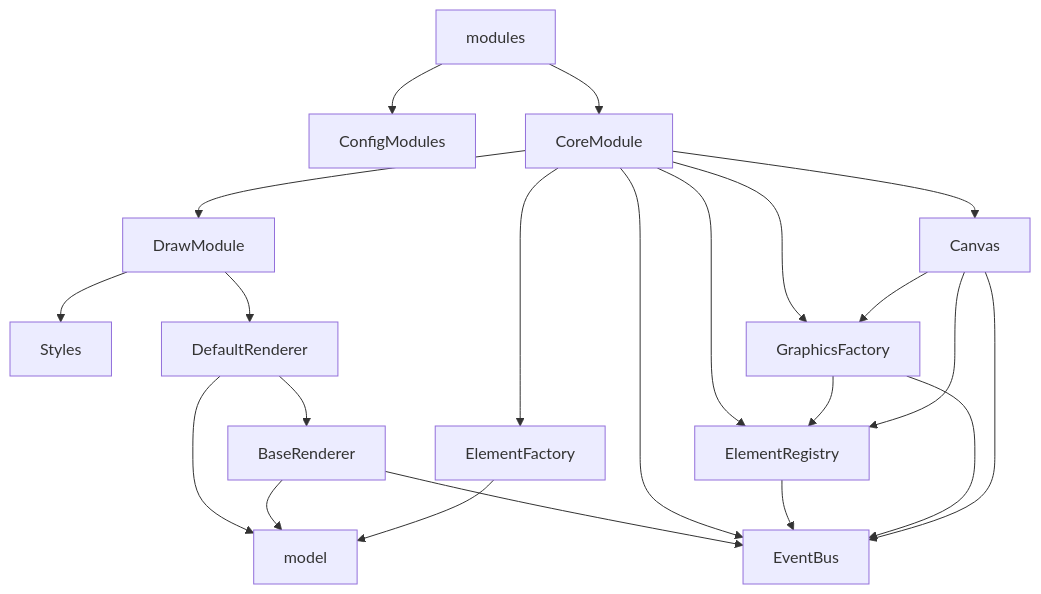
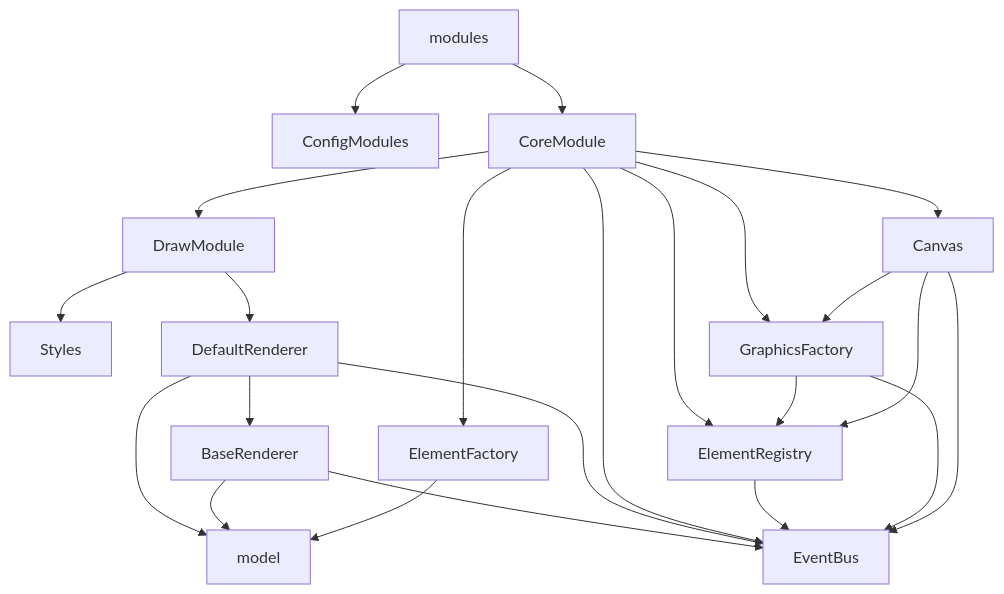
One commit to YuJianghao/bpmn-js-doc changed the diagram in docs/diagram-js/index.md. Above: the diagram before and after it, drawn with Mermaid. The commit also changed 2 other files, not shown here.

Commit message:
chore: 一些类型更新

````diff
--- a/docs/diagram-js/index.md
+++ b/docs/diagram-js/index.md
@@ -70,24 +70,25 @@
 ```mermaid
 graph TD;
     modules-->ConfigModules;
     modules-->CoreModule;
     CoreModule-->DrawModule;
     DrawModule-->Styles;
     DrawModule-->DefaultRenderer;
     DefaultRenderer-->BaseRenderer;
     DefaultRenderer-->model;
     BaseRenderer-->model;
     BaseRenderer-->EventBus;
+    DefaultRenderer-->EventBus;
     CoreModule-->EventBus;
     CoreModule-->ElementFactory;
     CoreModule-->ElementRegistry;
     CoreModule-->GraphicsFactory;
     CoreModule-->Canvas;
     ElementRegistry-->EventBus;
     GraphicsFactory-->EventBus;
     GraphicsFactory-->ElementRegistry;
     Canvas-->EventBus;
     Canvas-->GraphicsFactory;
     Canvas-->ElementRegistry;
     ElementFactory-->model;
 ```
````
